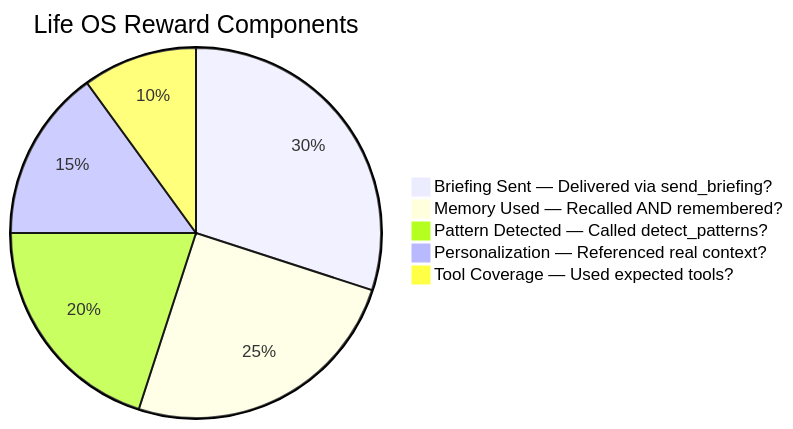
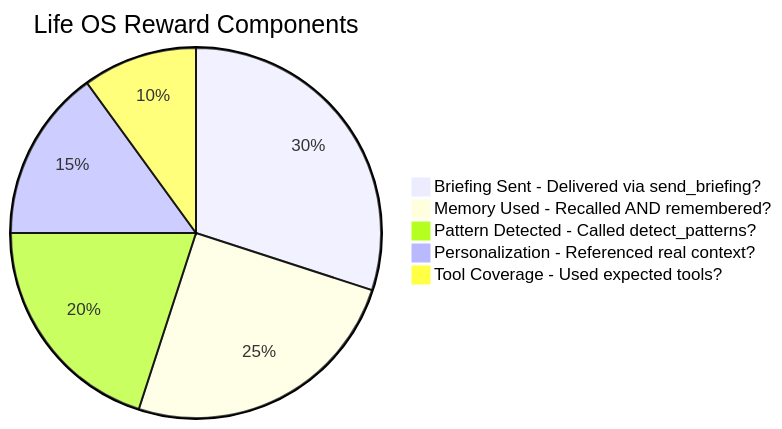
Before and after one commit to Lethe044/hermes-life-os: the second of 3 diagrams in README.md, drawn with Mermaid. The commit also changed other lines of this file, not shown here.

````diff
--- a/README.md
+++ b/README.md
@@ -54,8 +54,8 @@
 ```mermaid
 pie title Life OS Reward Components
-    "Briefing Sent — Delivered via send_briefing?" : 30
-    "Memory Used — Recalled AND remembered?" : 25
-    "Pattern Detected — Called detect_patterns?" : 20
-    "Personalization — Referenced real context?" : 15
-    "Tool Coverage — Used expected tools?" : 10
+    "Briefing Sent - Delivered via send_briefing?" : 30
+    "Memory Used - Recalled AND remembered?" : 25
+    "Pattern Detected - Called detect_patterns?" : 20
+    "Personalization - Referenced real context?" : 15
+    "Tool Coverage - Used expected tools?" : 10
 ```
````
